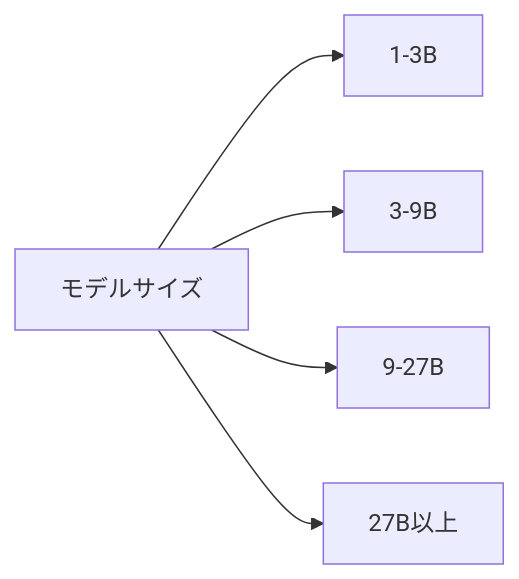
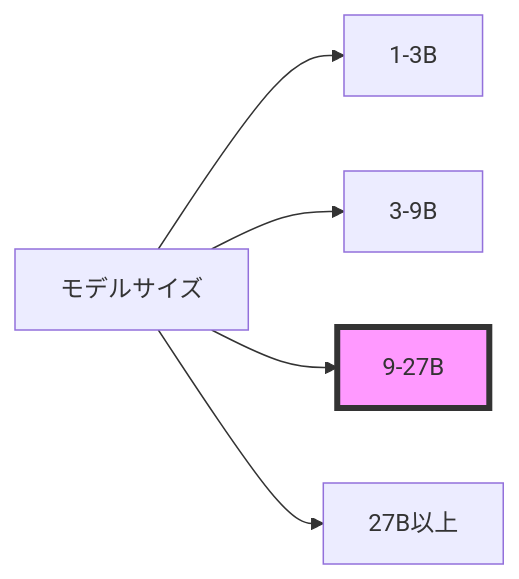
One commit to SparklingDetergent/doc_genai_Using_Generative_AI_with_Mac_Mini_-Introduction- changed the sixth of 10 diagrams in README.md. Above: the diagram before and after it, drawn with Mermaid. The commit also changed other lines of this file, not shown here.

````diff
--- a/README.md
+++ b/README.md
@@ -102,7 +98,8 @@
 ```mermaid
 graph LR
     A[モデルサイズ] --> B[1-3B]
     A --> C[3-9B]
     A --> D[9-27B]
     A --> E[27B以上]
+    style D fill:#f9f,stroke:#333,stroke-width:4px
 ```
````
